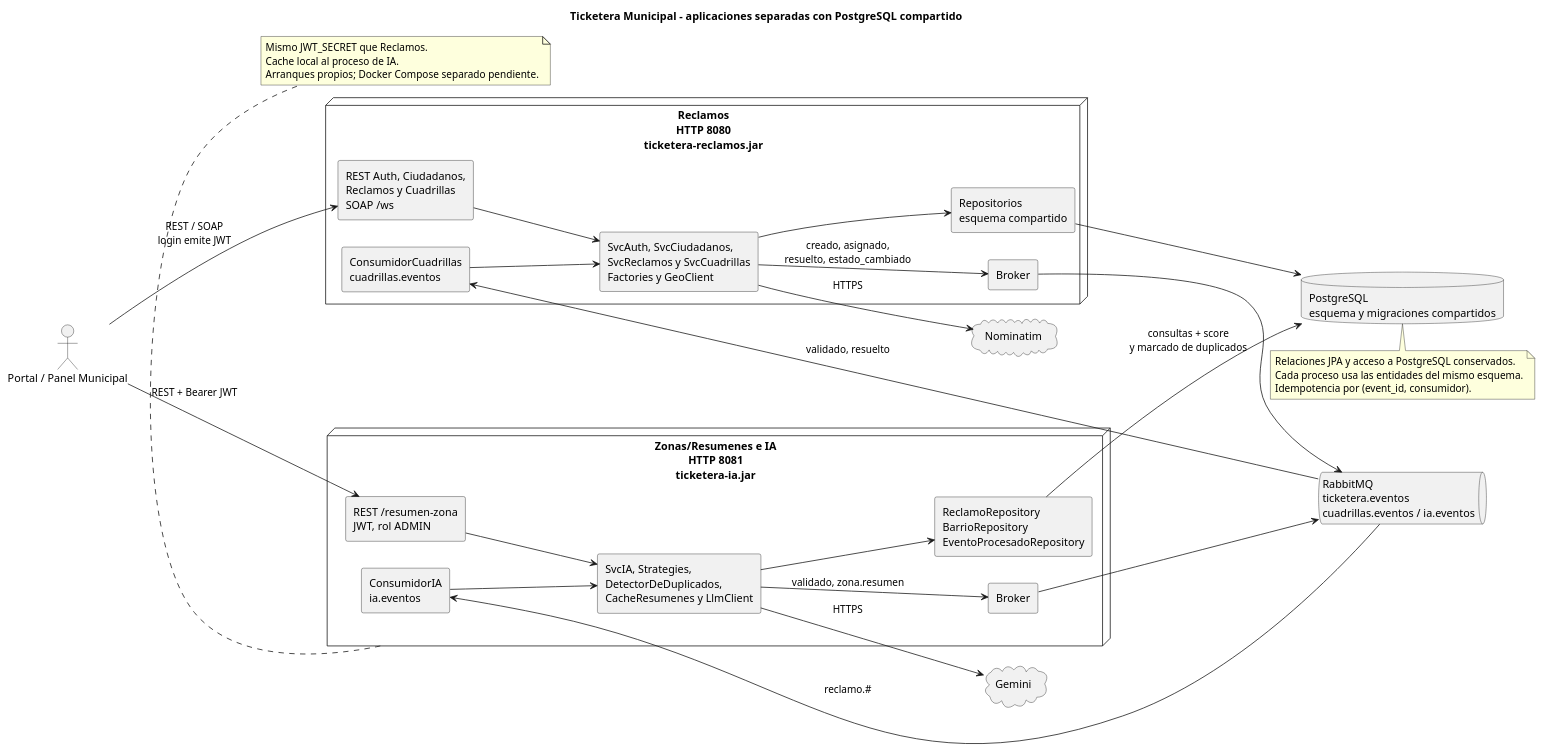
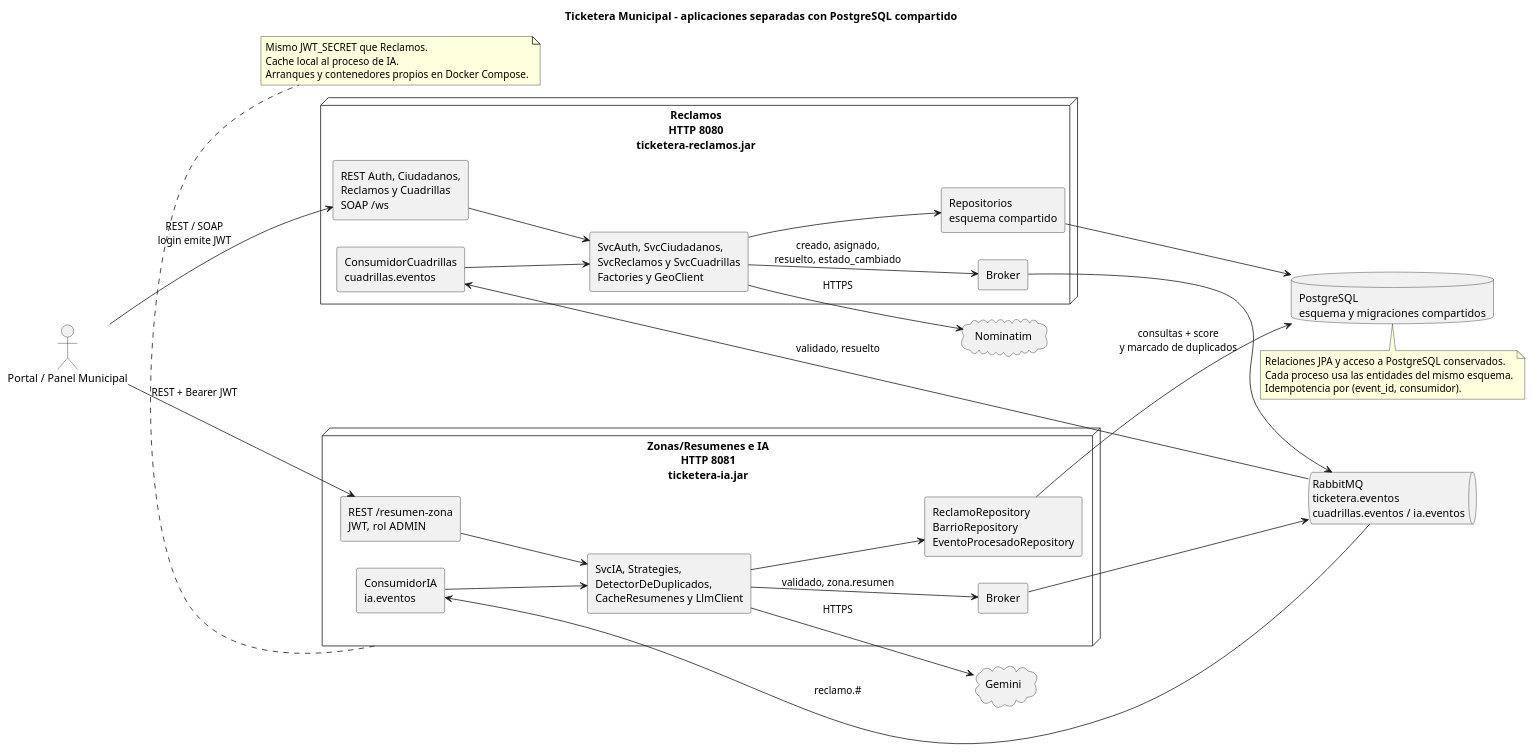
One commit to francolovera24/Backend-TicketeraMunicipal-DDA2 changed the diagram in docs/09_diagrama_aplicaciones.puml. Above: the diagram before and after it, drawn with PlantUML. The commit also changed 10 other files, not shown here.

```diff
--- a/docs/09_diagrama_aplicaciones.puml
+++ b/docs/09_diagrama_aplicaciones.puml
@@ -1,59 +1,59 @@
 @startuml AplicacionesSeparadas
 left to right direction
 skinparam componentStyle rectangle
 title Ticketera Municipal - aplicaciones separadas con PostgreSQL compartido
 
 actor "Portal / Panel Municipal" as Cliente
 
 node "Reclamos\nHTTP 8080\nticketera-reclamos.jar" as Reclamos {
     component "REST Auth, Ciudadanos,\nReclamos y Cuadrillas\nSOAP /ws" as ApiReclamos
     component "SvcAuth, SvcCiudadanos,\nSvcReclamos y SvcCuadrillas\nFactories y GeoClient" as ServiciosReclamos
     component "ConsumidorCuadrillas\ncuadrillas.eventos" as Cuadrillas
     component "Broker" as BrokerReclamos
     component "Repositorios\nesquema compartido" as ReposReclamos
 }
 
 node "Zonas/Resumenes e IA\nHTTP 8081\nticketera-ia.jar" as IA {
     component "REST /resumen-zona\nJWT, rol ADMIN" as ApiIA
     component "SvcIA, Strategies,\nDetectorDeDuplicados,\nCacheResumenes y LlmClient" as ServiciosIA
     component "ConsumidorIA\nia.eventos" as ConsumidorIA
     component "Broker" as BrokerIA
     component "ReclamoRepository\nBarrioRepository\nEventoProcesadoRepository" as ReposIA
 }
 
 queue "RabbitMQ\nticketera.eventos\ncuadrillas.eventos / ia.eventos" as Rabbit
 database "PostgreSQL\nesquema y migraciones compartidos" as DB
 cloud "Nominatim" as Geo
 cloud "Gemini" as Gemini
 
 Cliente --> ApiReclamos : REST / SOAP\nlogin emite JWT
 Cliente --> ApiIA : REST + Bearer JWT
 ApiReclamos --> ServiciosReclamos
 ApiIA --> ServiciosIA
 ServiciosReclamos --> BrokerReclamos : creado, asignado,\nresuelto, estado_cambiado
 ServiciosIA --> BrokerIA : validado, zona.resumen
 BrokerReclamos --> Rabbit
 BrokerIA --> Rabbit
 Rabbit --> Cuadrillas : validado, resuelto
 Rabbit --> ConsumidorIA : reclamo.#
 Cuadrillas --> ServiciosReclamos
 ConsumidorIA --> ServiciosIA
 ServiciosReclamos --> ReposReclamos
 ServiciosIA --> ReposIA
 ReposReclamos --> DB
 ReposIA --> DB : consultas + score\ny marcado de duplicados
 ServiciosReclamos --> Geo : HTTPS
 ServiciosIA --> Gemini : HTTPS
 
 note bottom of DB
   Relaciones JPA y acceso a PostgreSQL conservados.
   Cada proceso usa las entidades del mismo esquema.
   Idempotencia por (event_id, consumidor).
 end note
 
 note bottom of IA
   Mismo JWT_SECRET que Reclamos.
   Cache local al proceso de IA.
-  Arranques propios; Docker Compose separado pendiente.
+  Arranques y contenedores propios en Docker Compose.
 end note
 @enduml
```
